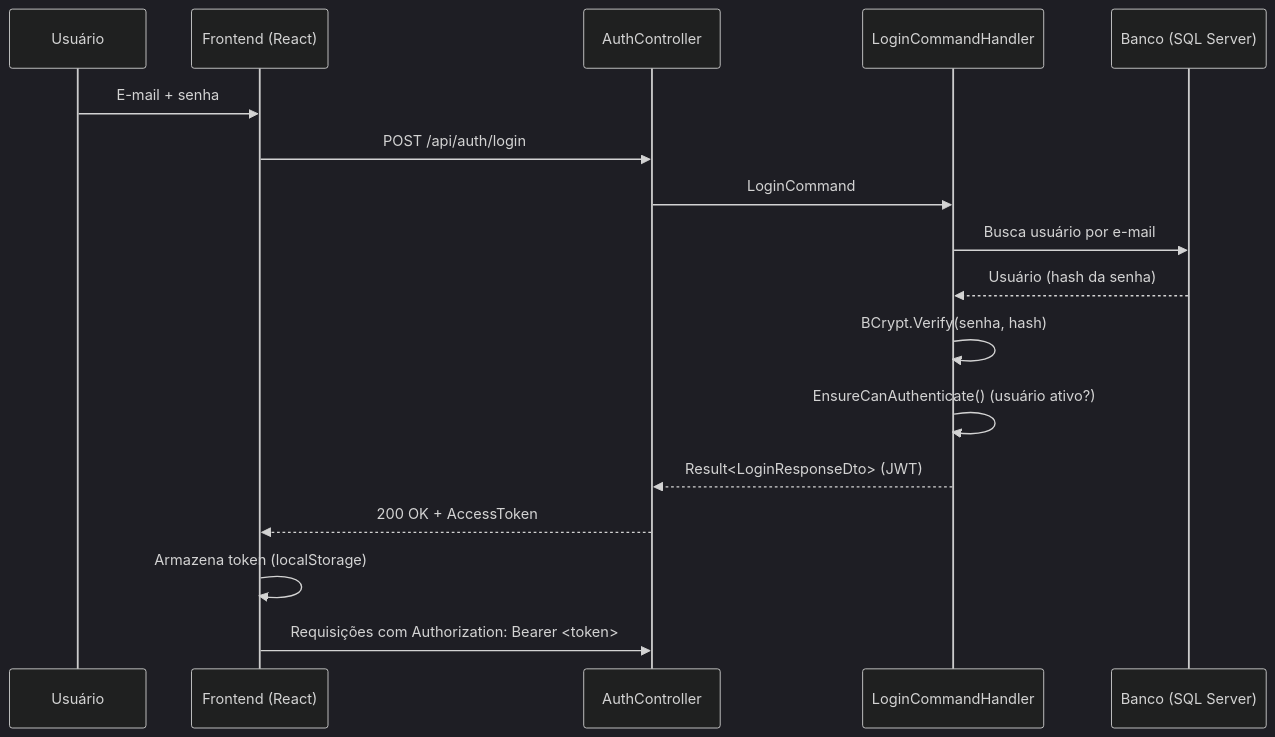
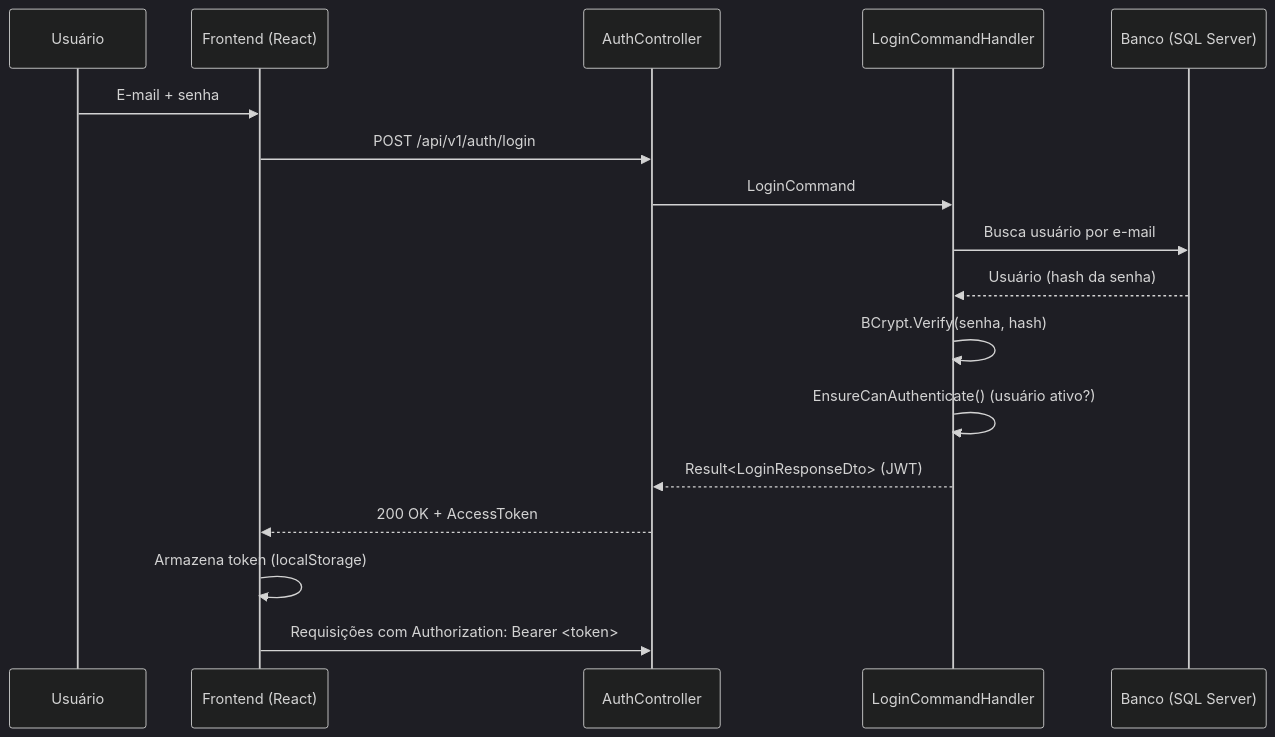
One commit to MateusGovea/SeniorCrud changed the third of 5 diagrams in README.md. Above: the diagram before and after it, drawn with Mermaid (dark theme). The commit also changed other lines of this file and 205 other files, not shown here.

````diff
--- a/README.md
+++ b/README.md
@@ -517,20 +517,20 @@
 ```mermaid
 sequenceDiagram
     participant U as Usuário
     participant F as Frontend (React)
     participant C as AuthController
     participant H as LoginCommandHandler
     participant B as Banco (SQL Server)
 
     U->>F: E-mail + senha
-    F->>C: POST /api/auth/login
+    F->>C: POST /api/v1/auth/login
     C->>H: LoginCommand
     H->>B: Busca usuário por e-mail
     B-->>H: Usuário (hash da senha)
     H->>H: BCrypt.Verify(senha, hash)
     H->>H: EnsureCanAuthenticate() (usuário ativo?)
     H-->>C: Result<LoginResponseDto> (JWT)
     C-->>F: 200 OK + AccessToken
     F->>F: Armazena token (localStorage)
     F->>C: Requisições com Authorization: Bearer <token>
 ```
````
